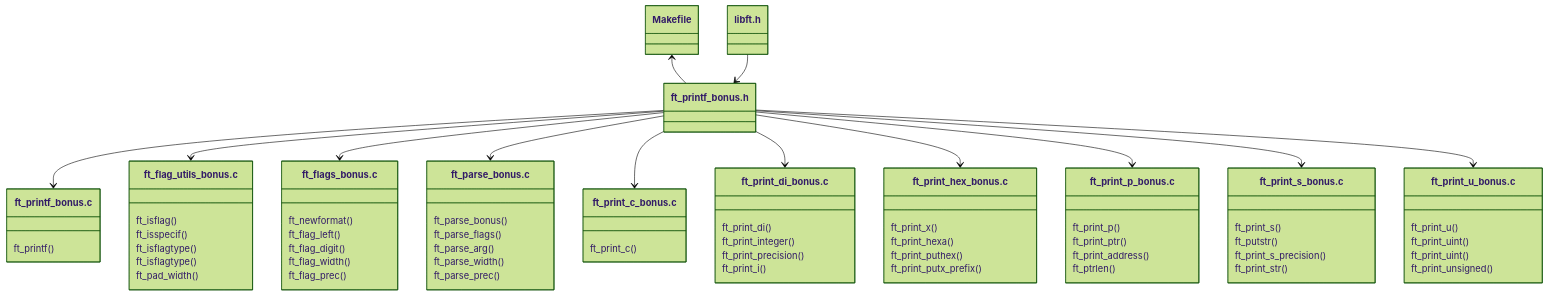
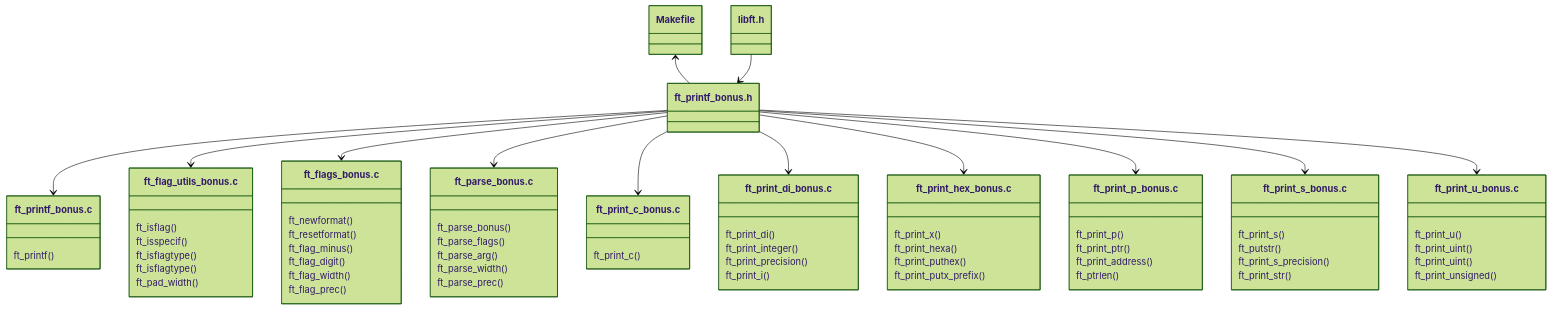
The third of 4 diagrams in README.md (PedroZappa/42_ft_printf), drawn with Mermaid (forest theme) before and after one commit. The commit also changed other lines of this file, not shown here.

Commit message:
README.md : cleaned up Bonus Processing Flow graph

````diff
--- a/README.md
+++ b/README.md
@@ -228,71 +228,72 @@
 ```mermaid
 ---
 title ft_printf w/ Bonus Structure
 ---
 classDiagram
     class Makefile
     class libft["libft.h"]
     
     class ft_printf_h["ft_printf_bonus.h"]
     class ft_printf["ft_printf_bonus.c"]
     class ft_flag_utils["ft_flag_utils_bonus.c"]
     class ft_flags["ft_flags_bonus.c"]
     class ft_parse["ft_parse_bonus.c"]
     class ft_print_c["ft_print_c_bonus.c"]
     class ft_print_di["ft_print_di_bonus.c"]
     class ft_print_hex["ft_print_hex_bonus.c"]
     class ft_print_p["ft_print_p_bonus.c"]
     class ft_print_s["ft_print_s_bonus.c"]
     class ft_print_u["ft_print_u_bonus.c"]
    
     Makefile <-- ft_printf_h
     libft --> ft_printf_h
     ft_printf_h --> ft_printf
     ft_printf_h --> ft_flag_utils
     ft_printf_h --> ft_flags
     ft_printf_h --> ft_parse
     ft_printf_h --> ft_print_c
     ft_printf_h --> ft_print_di
     ft_printf_h --> ft_print_hex
     ft_printf_h --> ft_print_p
     ft_printf_h --> ft_print_s
     ft_printf_h --> ft_print_u
     
     ft_printf : ft_printf()
     ft_flag_utils : ft_isflag()
     ft_flag_utils : ft_isspecif()
     ft_flag_utils : ft_isflagtype()
     ft_flag_utils : ft_isflagtype()
     ft_flag_utils : ft_pad_width()
     ft_flags : ft_newformat()
-    ft_flags : ft_flag_left()
+    ft_flags : ft_resetformat()
+    ft_flags : ft_flag_minus()
     ft_flags : ft_flag_digit()
     ft_flags : ft_flag_width()
     ft_flags : ft_flag_prec()
     ft_parse : ft_parse_bonus()
     ft_parse : ft_parse_flags()
     ft_parse : ft_parse_arg()
     ft_parse : ft_parse_width()
     ft_parse : ft_parse_prec()
     ft_print_c : ft_print_c()
     ft_print_di : ft_print_di()
     ft_print_di : ft_print_integer()
     ft_print_di : ft_print_precision()
     ft_print_di : ft_print_i()
     ft_print_hex : ft_print_x()
     ft_print_hex : ft_print_hexa()
     ft_print_hex : ft_print_puthex()
     ft_print_hex : ft_print_putx_prefix()
     ft_print_p : ft_print_p()
     ft_print_p : ft_print_ptr()
     ft_print_p : ft_print_address()
     ft_print_p : ft_ptrlen()
     ft_print_s : ft_print_s()
     ft_print_s : ft_putstr()
     ft_print_s : ft_print_s_precision()
     ft_print_s : ft_print_str()
     ft_print_u : ft_print_u()
     ft_print_u : ft_print_uint()
     ft_print_u : ft_print_uint()
     ft_print_u : ft_print_unsigned()
 ```
````
